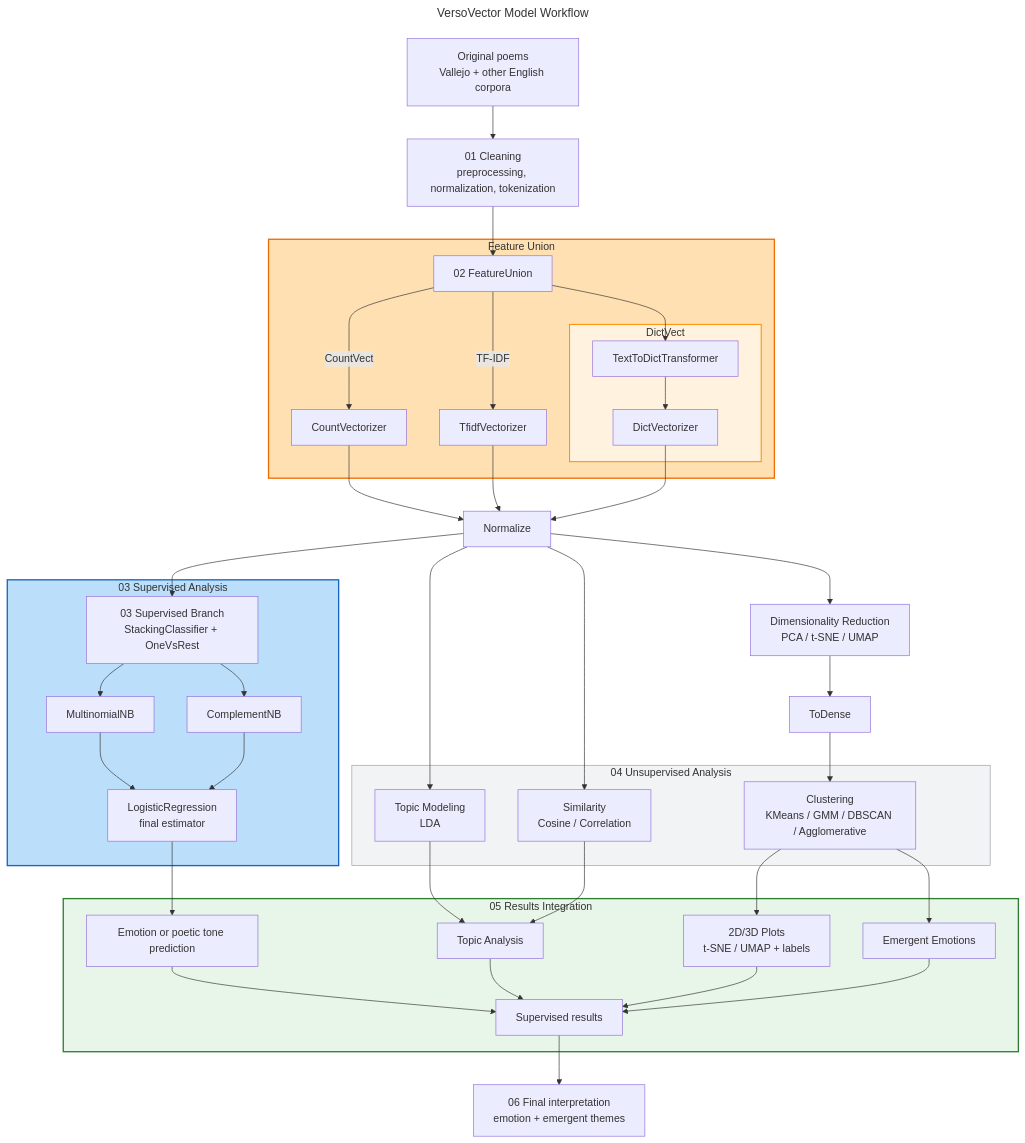
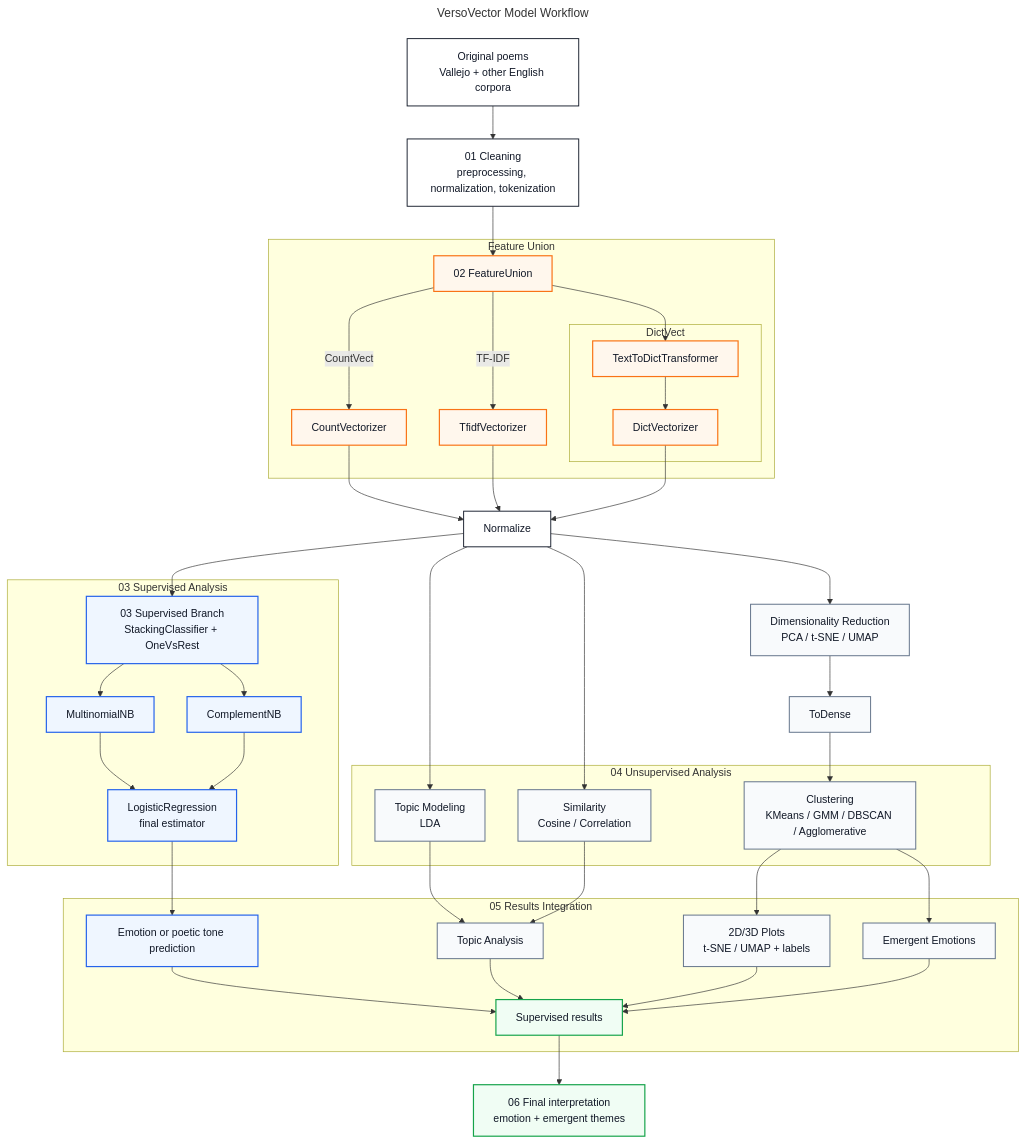
The diagram in docs/versovector/model-topology.md (HubertRonald/hubertronald.github.io), drawn with Mermaid before and after one commit. The commit also changed 1 other file, not shown here.

Commit message:
Improve Mermaid diagram contrast in dark mode

````diff
--- a/docs/versovector/model-topology.md
+++ b/docs/versovector/model-topology.md
@@ -33,67 +33,73 @@
 ```mermaid
 ---
 title: VersoVector Model Workflow
 ---
 flowchart TD
     A["Original poems<br/>Vallejo + other English corpora"] --> B["01 Cleaning<br/>preprocessing, normalization, tokenization"]
 
     B --> S2["02 FeatureUnion"]
 
     subgraph FeatureUnion["Feature Union"]
         S2 -->|CountVect| S21["CountVectorizer"]
         S2 -->|TF-IDF| S22["TfidfVectorizer"]
         S2 --> DV1["TextToDictTransformer"]
 
         subgraph DictVect["DictVect"]
             DV1 --> DV2["DictVectorizer"]
         end
     end
 
     S21 --> S4["Normalize"]
     S22 --> S4
     DV2 --> S4
 
     S4 --> D["Dimensionality Reduction<br/>PCA / t-SNE / UMAP"]
     D --> S3["ToDense"]
     S3 --> E["Clustering<br/>KMeans / GMM / DBSCAN / Agglomerative"]
 
     subgraph Unsupervised["04 Unsupervised Analysis"]
         E
         F["Topic Modeling<br/>LDA"]
         G["Similarity<br/>Cosine / Correlation"]
     end
 
     S4 --> F
     S4 --> G
 
     E --> H1["2D/3D Plots<br/>t-SNE / UMAP + labels"]
     F --> H2["Topic Analysis"]
     G --> H2
     E --> H3["Emergent Emotions"]
 
     S4 --> S5["03 Supervised Branch<br/>StackingClassifier + OneVsRest"]
 
     subgraph Supervised["03 Supervised Analysis"]
         S5 --> S51["MultinomialNB"]
         S5 --> S52["ComplementNB"]
         S51 --> S6["LogisticRegression<br/>final estimator"]
         S52 --> S6
     end
 
     S6 --> E2["Emotion or poetic tone prediction"]
 
     subgraph Integration["05 Results Integration"]
         E2 --> J["Supervised results"]
         H2 --> J
         H1 --> J
         H3 --> J
     end
 
     J --> K["06 Final interpretation<br/>emotion + emergent themes"]
 
-    style FeatureUnion fill:#FFE0B2,stroke:#EF6C00,stroke-width:2px
-    style DictVect fill:#FFF3E0,stroke:#FB8C00,stroke-width:1.5px
-    style Supervised fill:#BBDEFB,stroke:#1565C0,stroke-width:2px
-    style Unsupervised fill:#F1F3F4,stroke:#9AA0A6,stroke-width:1px
-    style Integration fill:#E8F5E9,stroke:#2E7D32,stroke-width:2px
+    classDef vvNode fill:#ffffff,stroke:#111827,color:#111827,stroke-width:1.4px;
+    classDef vvFeature fill:#fff7ed,stroke:#f97316,color:#111827,stroke-width:1.8px;
+    classDef vvSupervised fill:#eff6ff,stroke:#2563eb,color:#111827,stroke-width:1.8px;
+    classDef vvUnsupervised fill:#f8fafc,stroke:#64748b,color:#111827,stroke-width:1.5px;
+    classDef vvIntegration fill:#f0fdf4,stroke:#16a34a,color:#111827,stroke-width:1.8px;
+
+    class A,B,S2,S21,S22,DV1,DV2,S4,D,S3,E,F,G,H1,H2,H3,S5,S51,S52,S6,E2,J,K vvNode;
+    class S2,S21,S22,DV1,DV2 vvFeature;
+    class S5,S51,S52,S6,E2 vvSupervised;
+    class E,F,G,H1,H2,H3,D,S3 vvUnsupervised;
+    class J,K vvIntegration;
 ```
````
